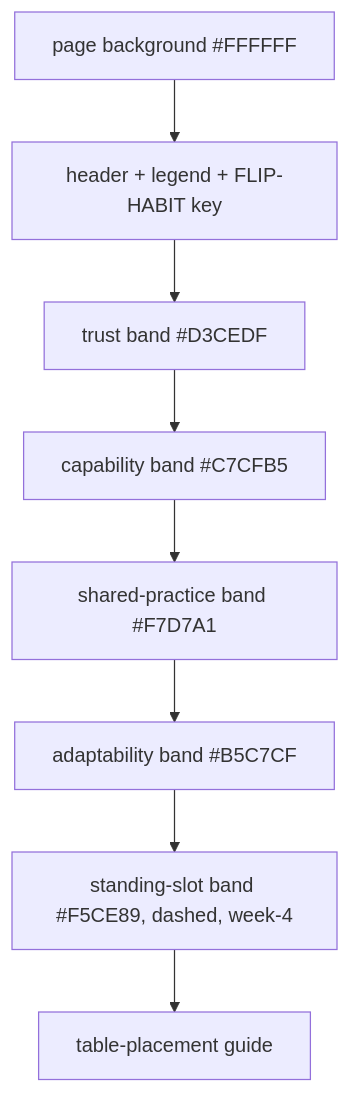
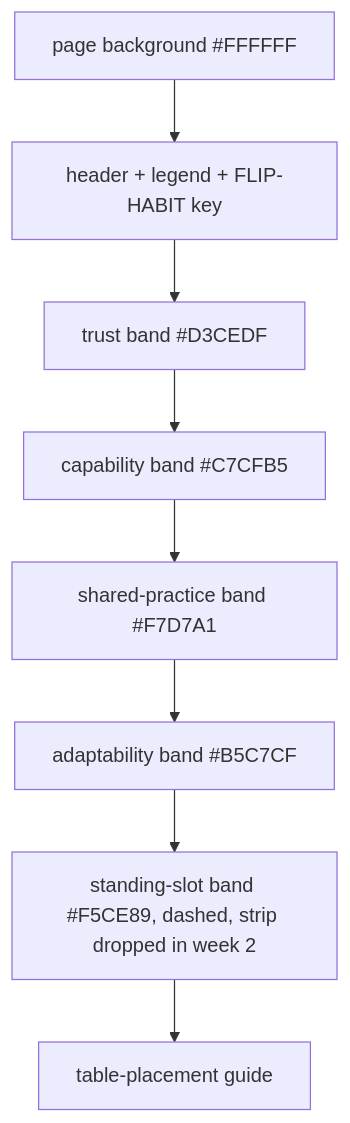
One commit to Hegerstrand/seven-weeks changed the sixth of 11 diagrams in components/specs/boards.md. Above: the diagram before and after it, drawn with Mermaid. The commit also changed other lines of this file and 27 other files, not shown here.

````diff
--- a/components/specs/boards.md
+++ b/components/specs/boards.md
@@ -459,10 +465,10 @@
 ```mermaid
 graph TD
   A["page background #FFFFFF"] --> B["header + legend + FLIP-HABIT key"]
   B --> C["trust band #D3CEDF"]
   C --> D["capability band #C7CFB5"]
   D --> E["shared-practice band #F7D7A1"]
   E --> F["adaptability band #B5C7CF"]
-  F --> G["standing-slot band #F5CE89, dashed, week-4"]
+  F --> G["standing-slot band #F5CE89, dashed, strip dropped in week 2"]
   G --> H["table-placement guide"]
 ```
````
